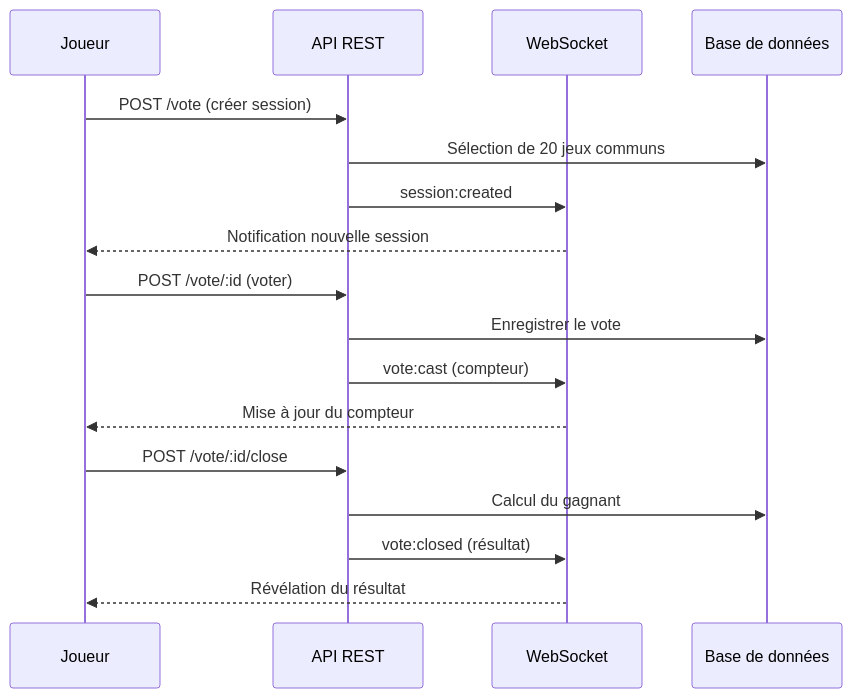
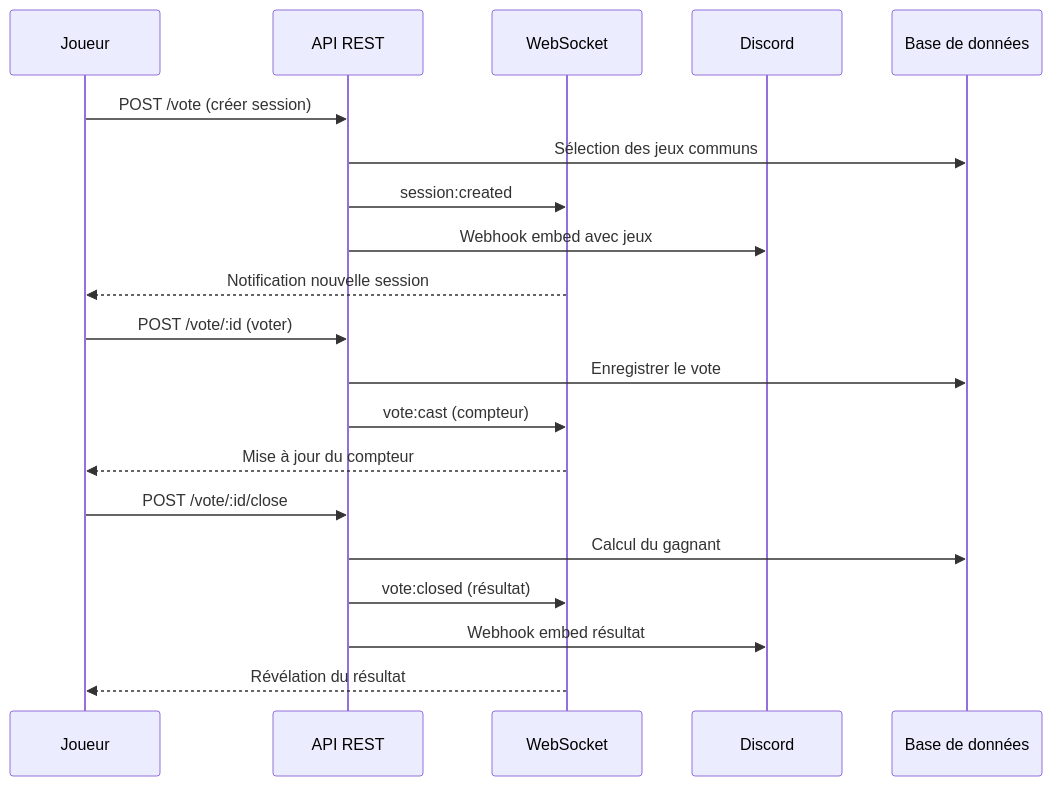
The diagram in docs/api-architecture.md (Wifsimster/wawptn), drawn with Mermaid before and after one commit. The commit also changed other lines of this file and 5 other files, not shown here.

````diff
--- a/docs/api-architecture.md
+++ b/docs/api-architecture.md
@@ -43,20 +72,23 @@
 ```mermaid
 sequenceDiagram
     participant J as Joueur
     participant API as API REST
     participant WS as WebSocket
+    participant D as Discord
     participant BDD as Base de données
 
     J->>API: POST /vote (créer session)
-    API->>BDD: Sélection de 20 jeux communs
+    API->>BDD: Sélection des jeux communs
     API->>WS: session:created
+    API->>D: Webhook embed avec jeux
     WS-->>J: Notification nouvelle session
     J->>API: POST /vote/:id (voter)
     API->>BDD: Enregistrer le vote
     API->>WS: vote:cast (compteur)
     WS-->>J: Mise à jour du compteur
     J->>API: POST /vote/:id/close
     API->>BDD: Calcul du gagnant
     API->>WS: vote:closed (résultat)
+    API->>D: Webhook embed résultat
     WS-->>J: Révélation du résultat
 ```
````
